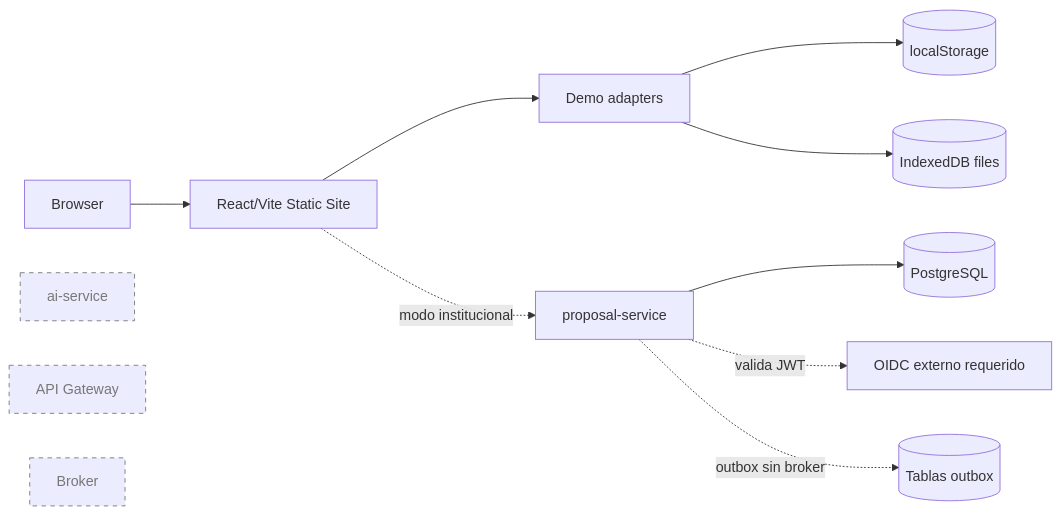
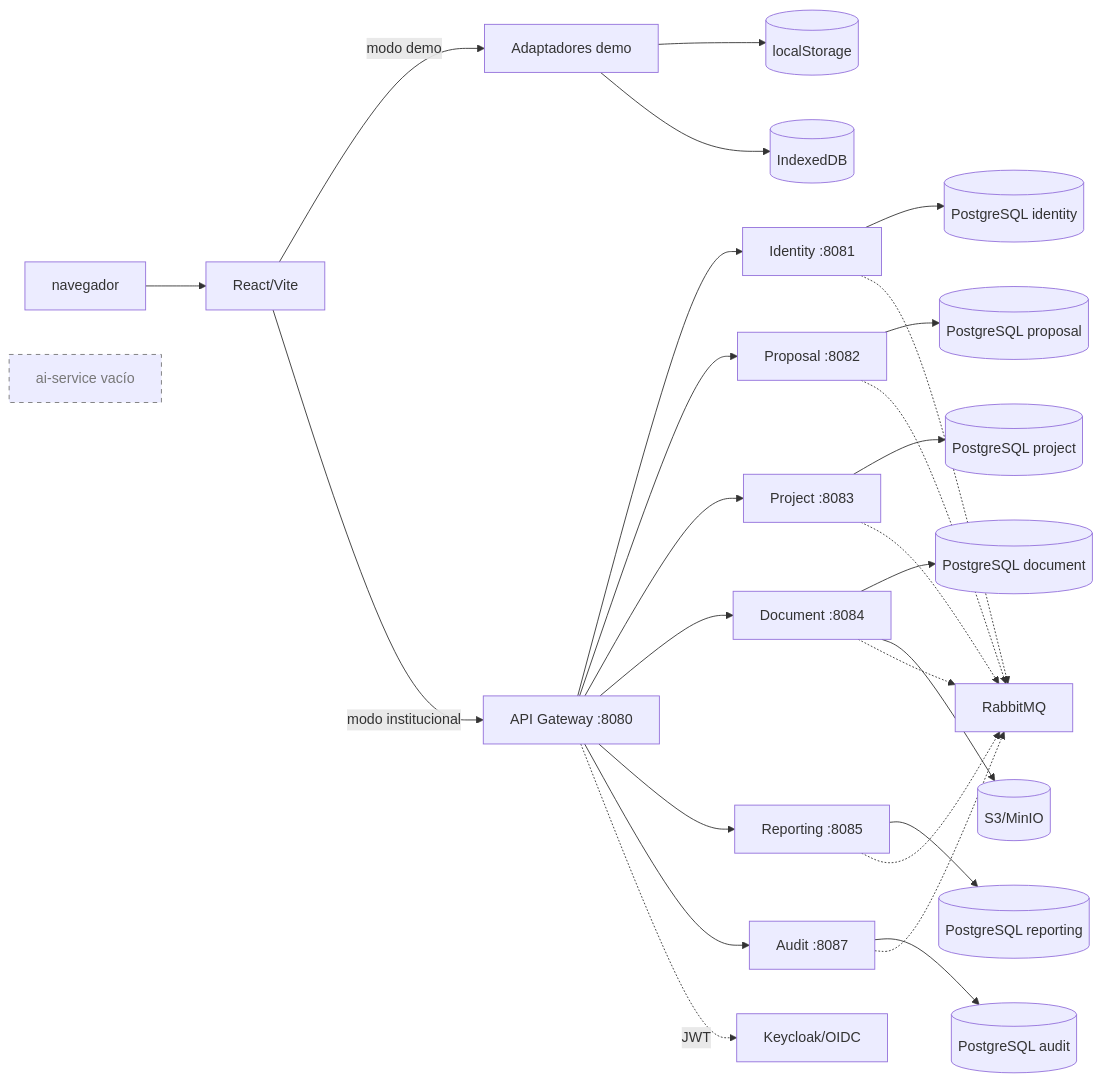
Before and after one commit to AxelMS01/InvestiTrack-AI: the first of 2 diagrams in ANALISIS_DEPLOY_RENDER.md, drawn with Mermaid. The commit also changed other lines of this file and 65 other files, not shown here.

First line of the commit message:
feat: update API URL to version 1 and enhance demo mode handling

````diff
--- a/ANALISIS_DEPLOY_RENDER.md
+++ b/ANALISIS_DEPLOY_RENDER.md
@@ -68,15 +74,30 @@
 ```mermaid
 flowchart LR
-  B[Browser] --> F[React/Vite Static Site]
-  F --> D[Demo adapters]
-  D --> LS[(localStorage)]
-  D --> IDB[(IndexedDB files)]
-  F -. modo institucional .-> P[proposal-service]
-  P --> PG[(PostgreSQL)]
-  P -. valida JWT .-> OIDC[OIDC externo requerido]
-  P -. outbox sin broker .-> OUT[(Tablas outbox)]
-  AI[ai-service]:::missing
-  GW[API Gateway]:::missing
-  BUS[Broker]:::missing
+  Browser[ navegador ] --> Front[ React/Vite ]
+  Front -->|modo demo| Demo[Adaptadores demo]
+  Demo --> LS[(localStorage)]
+  Demo --> IDB[(IndexedDB)]
+  Front -->|modo institucional| Gateway[API Gateway :8080]
+  Gateway --> Identity[Identity :8081]
+  Gateway --> Proposal[Proposal :8082]
+  Gateway --> Project[Project :8083]
+  Gateway --> Document[Document :8084]
+  Gateway --> Report[Reporting :8085]
+  Gateway --> Audit[Audit :8087]
+  Identity --> PG1[(PostgreSQL identity)]
+  Proposal --> PG2[(PostgreSQL proposal)]
+  Project --> PG3[(PostgreSQL project)]
+  Document --> PG4[(PostgreSQL document)]
+  Report --> PG5[(PostgreSQL reporting)]
+  Audit --> PG6[(PostgreSQL audit)]
+  Gateway -. JWT .-> Keycloak[Keycloak/OIDC]
+  Document --> S3[(S3/MinIO)]
+  Identity -.-> Rabbit[RabbitMQ]
+  Project -.-> Rabbit
+  Proposal -.-> Rabbit
+  Document -.-> Rabbit
+  Report -.-> Rabbit
+  Audit -.-> Rabbit
+  AI[ai-service vacío]:::missing
   classDef missing stroke-dasharray: 5 5,stroke:#777,color:#777;
 ```
````
